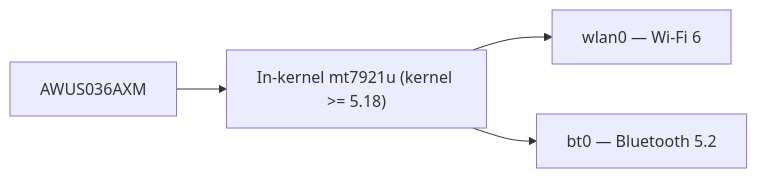
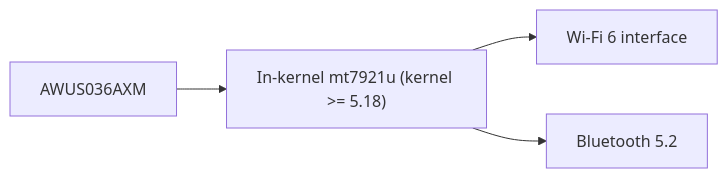
One commit to yopitek/yupitek-wiki changed the diagram in docs/01-alfa-network/products/awus036axm/index.md. Above: the diagram before and after it, drawn with Mermaid. The commit also changed other lines of this file and 108 other files, not shown here.

````diff
--- a/docs/01-alfa-network/products/awus036axm/index.md
+++ b/docs/01-alfa-network/products/awus036axm/index.md
@@ -48,6 +95,6 @@
 ```mermaid
 flowchart LR
     A["AWUS036AXM"] --> B["In-kernel mt7921u (kernel >= 5.18)"]
-    B --> C["wlan0 — Wi-Fi 6"]
-    B --> D["bt0 — Bluetooth 5.2"]
+    B --> C["Wi-Fi 6 interface"]
+    B --> D["Bluetooth 5.2"]
 ```
````
